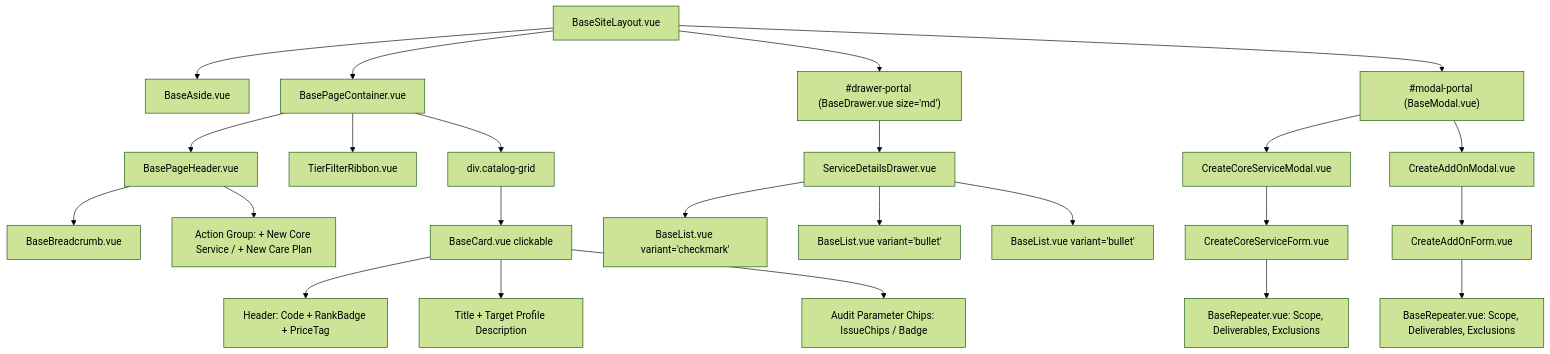
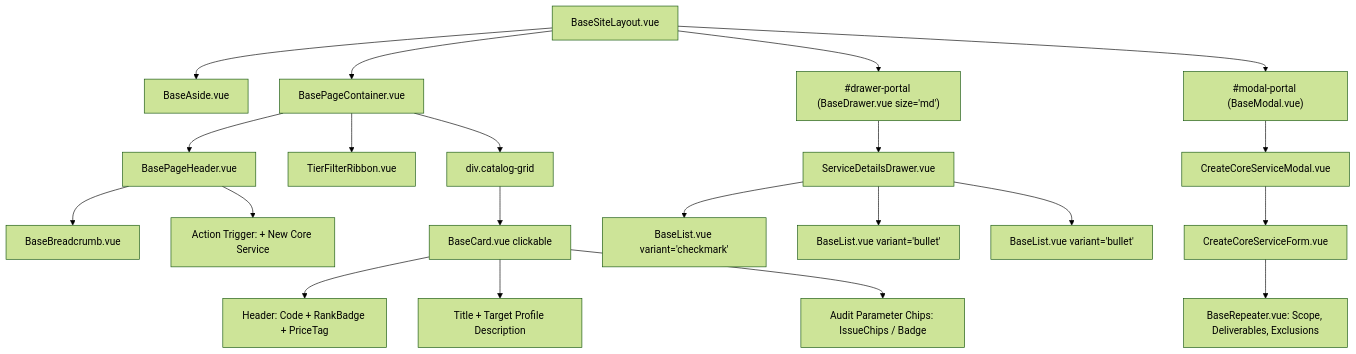
The diagram in architecture/designs/0015_service_catalog_workspace_layout_and_topology_spec.md (mnaatjes/smb-ops-frontend), drawn with Mermaid (forest theme) before and after one commit. The commit also changed other lines of this file and 3 other files, not shown here.

Commit message:
docs(architecture): decouple Core Services workflow from Add-ons across 4-step UI spec suite

````diff
--- a/architecture/designs/0015_service_catalog_workspace_layout_and_topology_spec.md
+++ b/architecture/designs/0015_service_catalog_workspace_layout_and_topology_spec.md
@@ -58,26 +58,23 @@
 ```mermaid
 flowchart TD
     Shell[BaseSiteLayout.vue] --> Aside[BaseAside.vue]
     Shell --> Stage[BasePageContainer.vue]
     Stage --> Header[BasePageHeader.vue]
     Header --> Breadcrumbs[BaseBreadcrumb.vue]
-    Header --> HeaderActions[Action Group: + New Core Service / + New Care Plan]
+    Header --> HeaderActions[Action Trigger: + New Core Service]
     Stage --> TierRibbon[TierFilterRibbon.vue]
     Stage --> GridContainer[div.catalog-grid]
     GridContainer --> ServiceCards[BaseCard.vue clickable]
     ServiceCards --> CardHeader[Header: Code + RankBadge + PriceTag]
     ServiceCards --> CardBody[Title + Target Profile Description]
     ServiceCards --> CardFooter[Audit Parameter Chips: IssueChips / Badge]
     Shell --> DrawerPortal["#drawer-portal (BaseDrawer.vue size='md')"]
     DrawerPortal --> ServiceDetails[ServiceDetailsDrawer.vue]
     ServiceDetails --> DeliverablesList[BaseList.vue variant='checkmark']
     ServiceDetails --> ScopeList[BaseList.vue variant='bullet']
     ServiceDetails --> ExclusionsList[BaseList.vue variant='bullet']
     Shell --> ModalPortal["#modal-portal (BaseModal.vue)"]
     ModalPortal --> CoreModal[CreateCoreServiceModal.vue]
     CoreModal --> CoreForm[CreateCoreServiceForm.vue]
     CoreForm --> Repeater1[BaseRepeater.vue: Scope, Deliverables, Exclusions]
-    ModalPortal --> AddOnModal[CreateAddOnModal.vue]
-    AddOnModal --> AddOnForm[CreateAddOnForm.vue]
-    AddOnForm --> Repeater2[BaseRepeater.vue: Scope, Deliverables, Exclusions]
 ```
````
